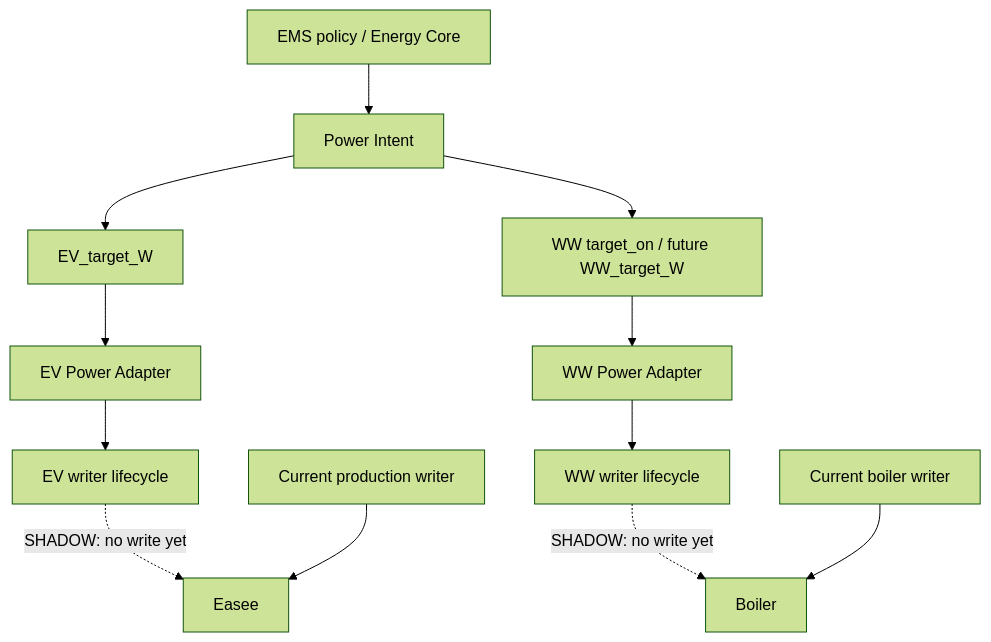
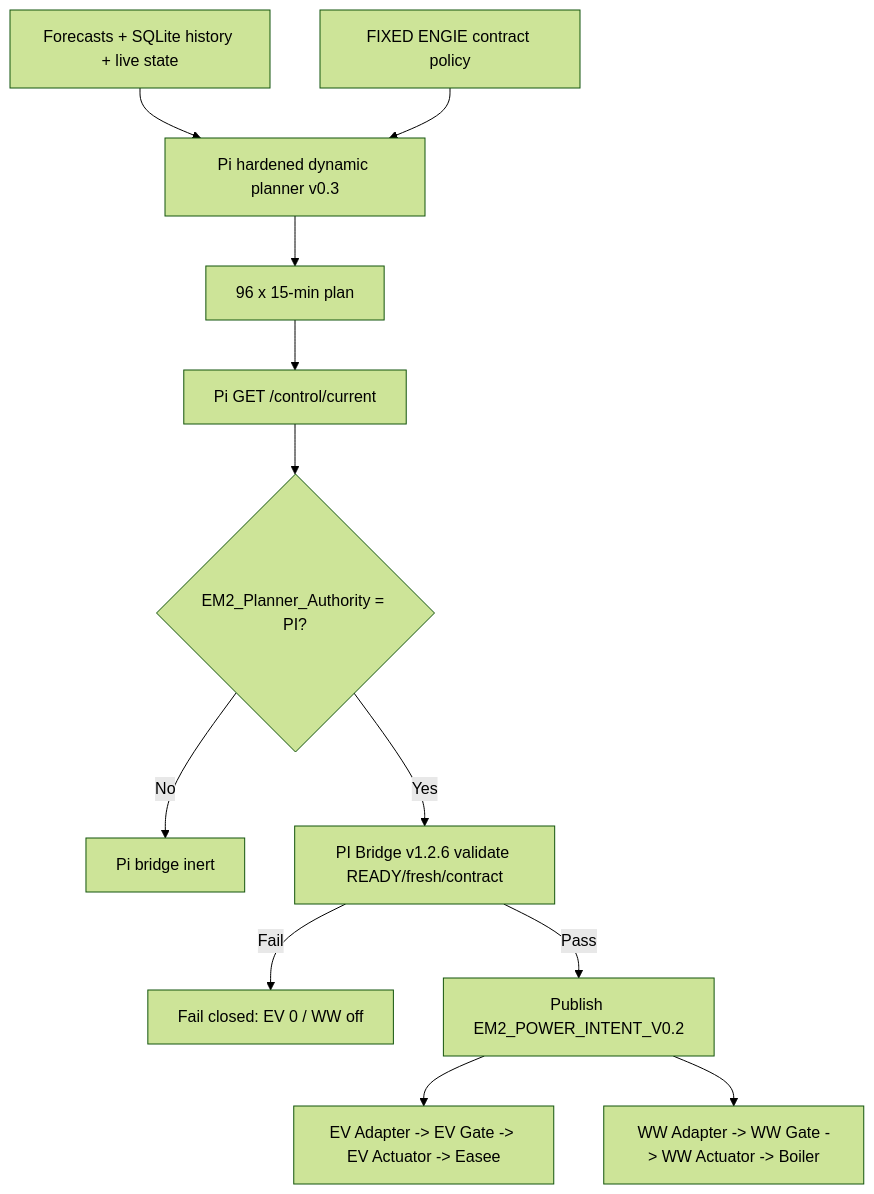
The first of 5 diagrams in docs/software-architecture/flows/planner-power-intent-flow.md (OnsKasteeltje/homey-energy-manual), drawn with Mermaid (forest theme) before and after one commit. The commit also changed other lines of this file, not shown here.

Commit message:
docs: align planner and Power Intent flow diagrams with Pi production chain

````diff
--- a/docs/software-architecture/flows/planner-power-intent-flow.md
+++ b/docs/software-architecture/flows/planner-power-intent-flow.md
@@ -33,14 +37,14 @@
 ```mermaid
 flowchart TD
-    A[EMS policy / Energy Core] --> B[Power Intent]
-    B --> C[EV_target_W]
-    B --> D[WW target_on / future WW_target_W]
-    C --> E[EV Power Adapter]
-    D --> F[WW Power Adapter]
-    E --> G[EV writer lifecycle]
-    F --> H[WW writer lifecycle]
-    G -. SHADOW: no write yet .-> I[Easee]
-    H -. SHADOW: no write yet .-> J[Boiler]
-    K[Current production writer] --> I
-    L[Current boiler writer] --> J
+    A[Forecasts + SQLite history + live state] --> B[Pi hardened dynamic planner v0.3]
+    C[FIXED ENGIE contract policy] --> B
+    B --> D[96 x 15-min plan]
+    D --> E[Pi GET /control/current]
+    E --> F{EM2_Planner_Authority = PI?}
+    F -->|No| G[Pi bridge inert]
+    F -->|Yes| H[PI Bridge v1.2.6 validate READY/fresh/contract]
+    H -->|Fail| I[Fail closed: EV 0 / WW off]
+    H -->|Pass| J[Publish EM2_POWER_INTENT_V0.2]
+    J --> K[EV Adapter -> EV Gate -> EV Actuator -> Easee]
+    J --> L[WW Adapter -> WW Gate -> WW Actuator -> Boiler]
 ```
````
